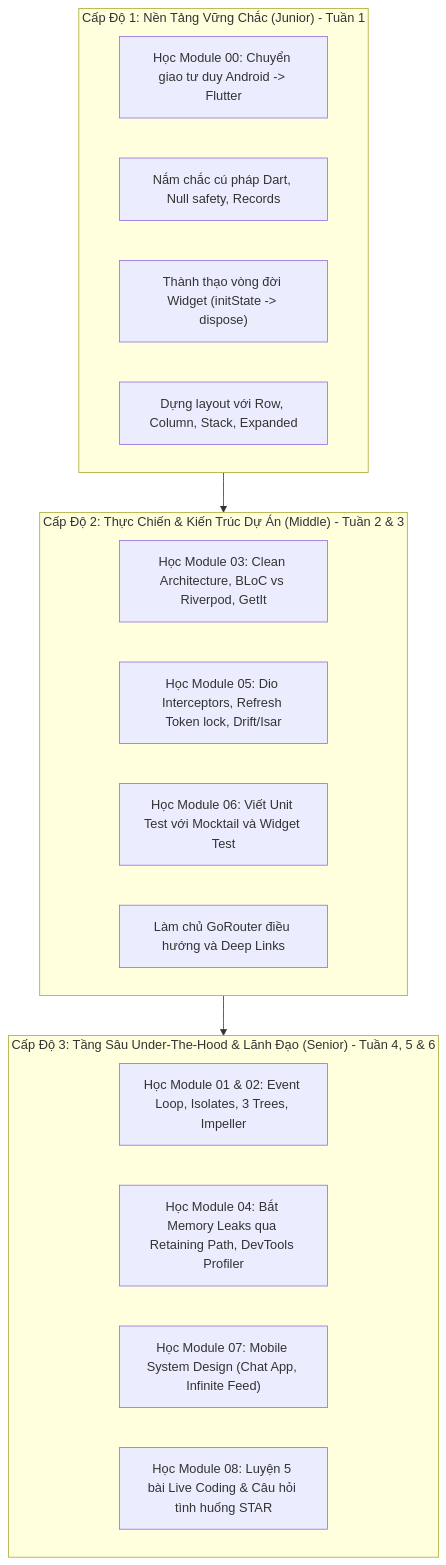
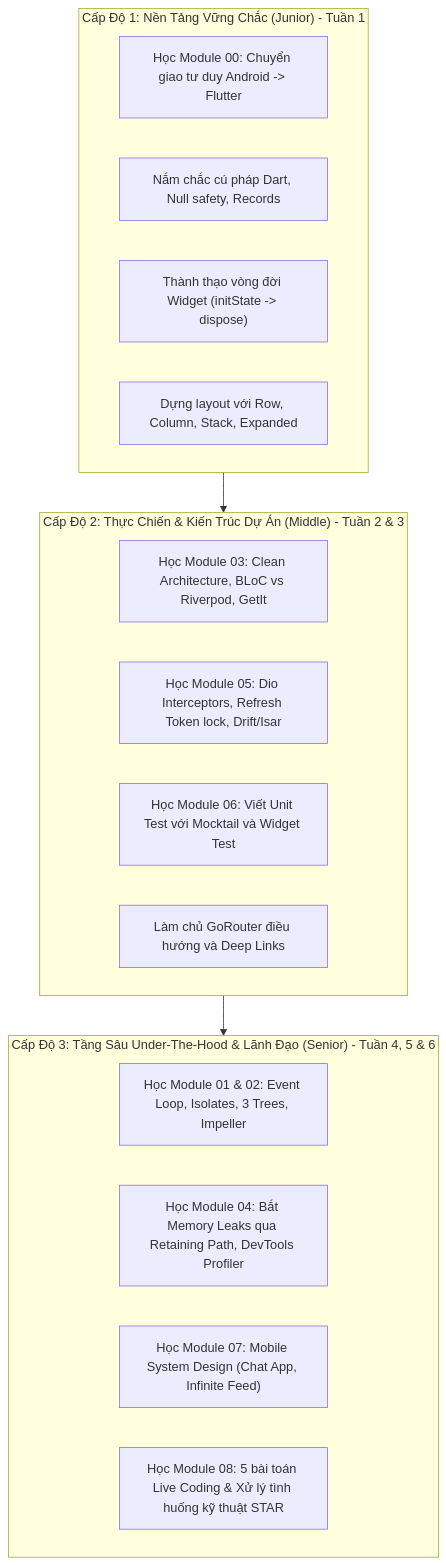
One commit to tr4n/learn-flutter changed the diagram in README.md. Above: the diagram before and after it, drawn with Mermaid. The commit also changed other lines of this file and 130 other files, not shown here.

````diff
--- a/README.md
+++ b/README.md
@@ -106,25 +106,25 @@
 ```mermaid
 graph TD
     subgraph Level1 ["Cấp Độ 1: Nền Tảng Vững Chắc (Junior) - Tuần 1"]
         L1_1["Học Module 00: Chuyển giao tư duy Android -> Flutter"]
         L1_2["Nắm chắc cú pháp Dart, Null safety, Records"]
         L1_3["Thành thạo vòng đời Widget (initState -> dispose)"]
         L1_4["Dựng layout với Row, Column, Stack, Expanded"]
     end
 
     subgraph Level2 ["Cấp Độ 2: Thực Chiến & Kiến Trúc Dự Án (Middle) - Tuần 2 & 3"]
         L2_1["Học Module 03: Clean Architecture, BLoC vs Riverpod, GetIt"]
         L2_2["Học Module 05: Dio Interceptors, Refresh Token lock, Drift/Isar"]
         L2_3["Học Module 06: Viết Unit Test với Mocktail và Widget Test"]
         L2_4["Làm chủ GoRouter điều hướng và Deep Links"]
     end
 
     subgraph Level3 ["Cấp Độ 3: Tầng Sâu Under-The-Hood & Lãnh Đạo (Senior) - Tuần 4, 5 & 6"]
         L3_1["Học Module 01 & 02: Event Loop, Isolates, 3 Trees, Impeller"]
         L3_2["Học Module 04: Bắt Memory Leaks qua Retaining Path, DevTools Profiler"]
         L3_3["Học Module 07: Mobile System Design (Chat App, Infinite Feed)"]
-        L3_4["Học Module 08: Luyện 5 bài Live Coding & Câu hỏi tình huống STAR"]
+        L3_4["Học Module 08: 5 bài toán Live Coding & Xử lý tình huống kỹ thuật STAR"]
     end
 
     Level1 --> Level2 --> Level3
 ```
````
